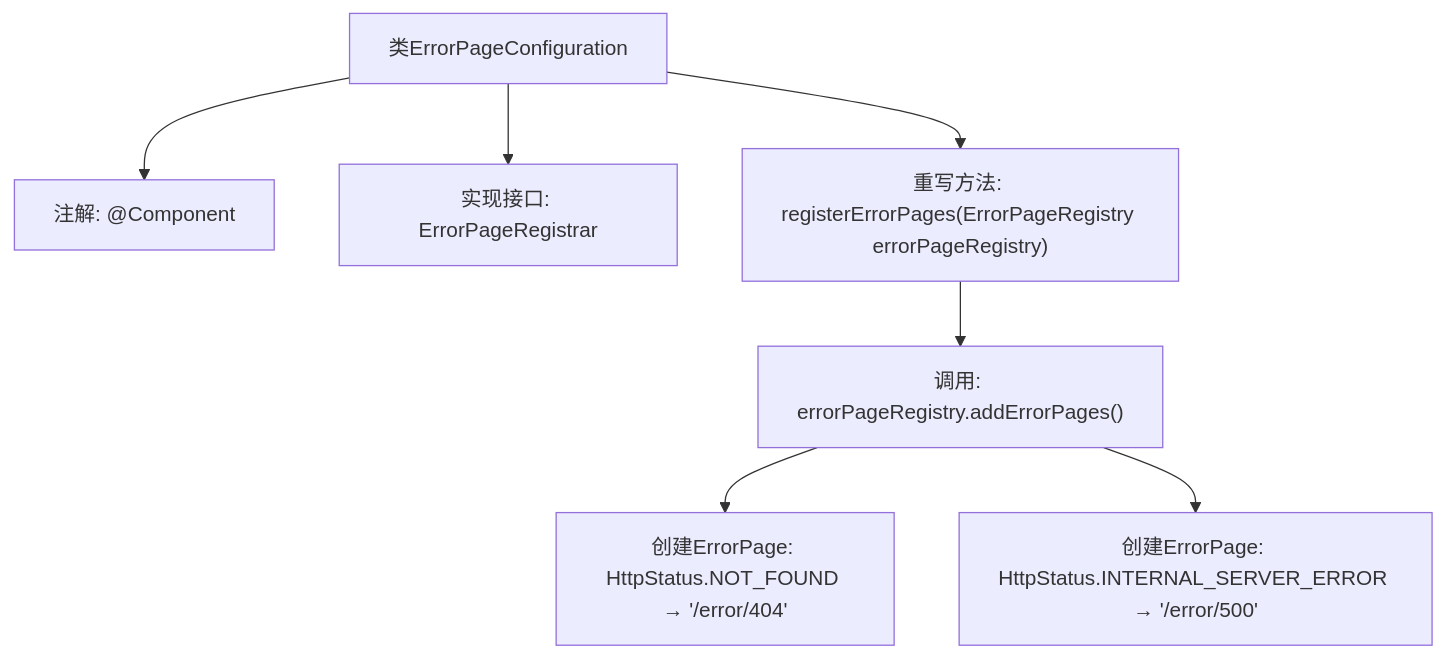
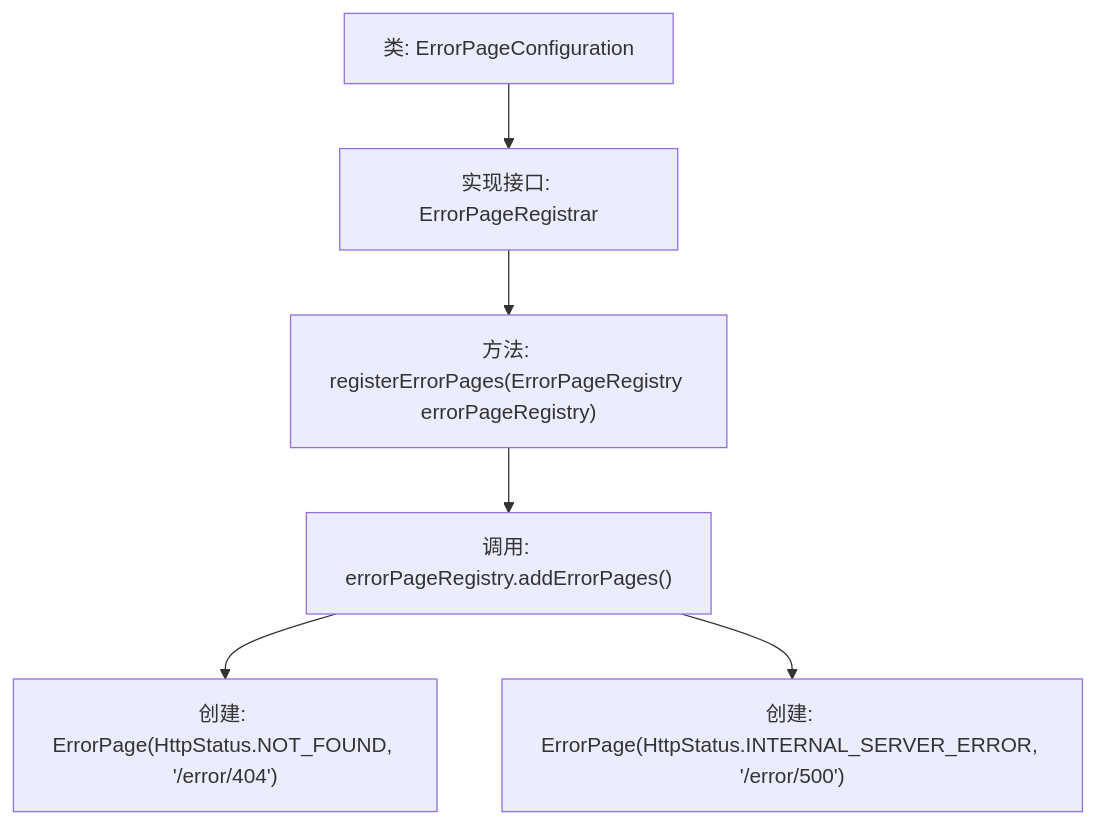
One commit to v-wjrong/imrrong_weixin-java-miniapp-demo changed the second of 2 diagrams in docs/zh/docs/src/main/java/com/github/binarywang/demo/wx/miniapp/error/ErrorPageConfiguration.md. Above: the diagram before and after it, drawn with Mermaid. The commit also changed other lines of this file and 51 other files, not shown here.

````diff
--- a/docs/zh/docs/src/main/java/com/github/binarywang/demo/wx/miniapp/error/ErrorPageConfiguration.md
+++ b/docs/zh/docs/src/main/java/com/github/binarywang/demo/wx/miniapp/error/ErrorPageConfiguration.md
@@ -68,17 +74,15 @@
 ```mermaid
 graph TD
-    A["类ErrorPageConfiguration"]
-    B["注解: @Component"]
-    C["实现接口: ErrorPageRegistrar"]
-    D["重写方法: registerErrorPages(ErrorPageRegistry errorPageRegistry)"]
-    E["调用: errorPageRegistry.addErrorPages()"]
-    F["创建ErrorPage: HttpStatus.NOT_FOUND → '/error/404'"]
-    G["创建ErrorPage: HttpStatus.INTERNAL_SERVER_ERROR → '/error/500'"]
-
+    A["类: ErrorPageConfiguration"]
+    B["实现接口: ErrorPageRegistrar"]
+    C["方法: registerErrorPages(ErrorPageRegistry errorPageRegistry)"]
+    D["调用: errorPageRegistry.addErrorPages()"]
+    E["创建: ErrorPage(HttpStatus.NOT_FOUND, '/error/404')"]
+    F["创建: ErrorPage(HttpStatus.INTERNAL_SERVER_ERROR, '/error/500')"]
+    
     A --> B
-    A --> C
-    A --> D
+    B --> C
+    C --> D
     D --> E
-    E --> F
-    E --> G
+    D --> F
 ```
````
